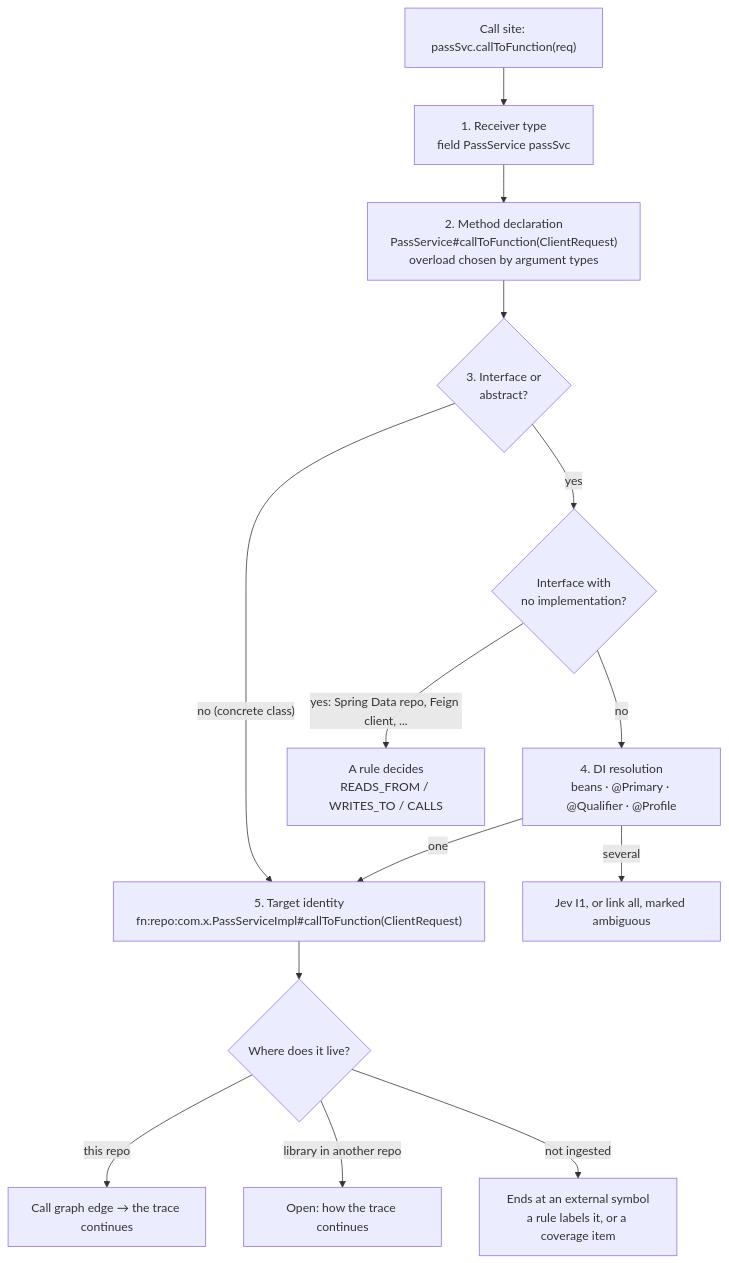
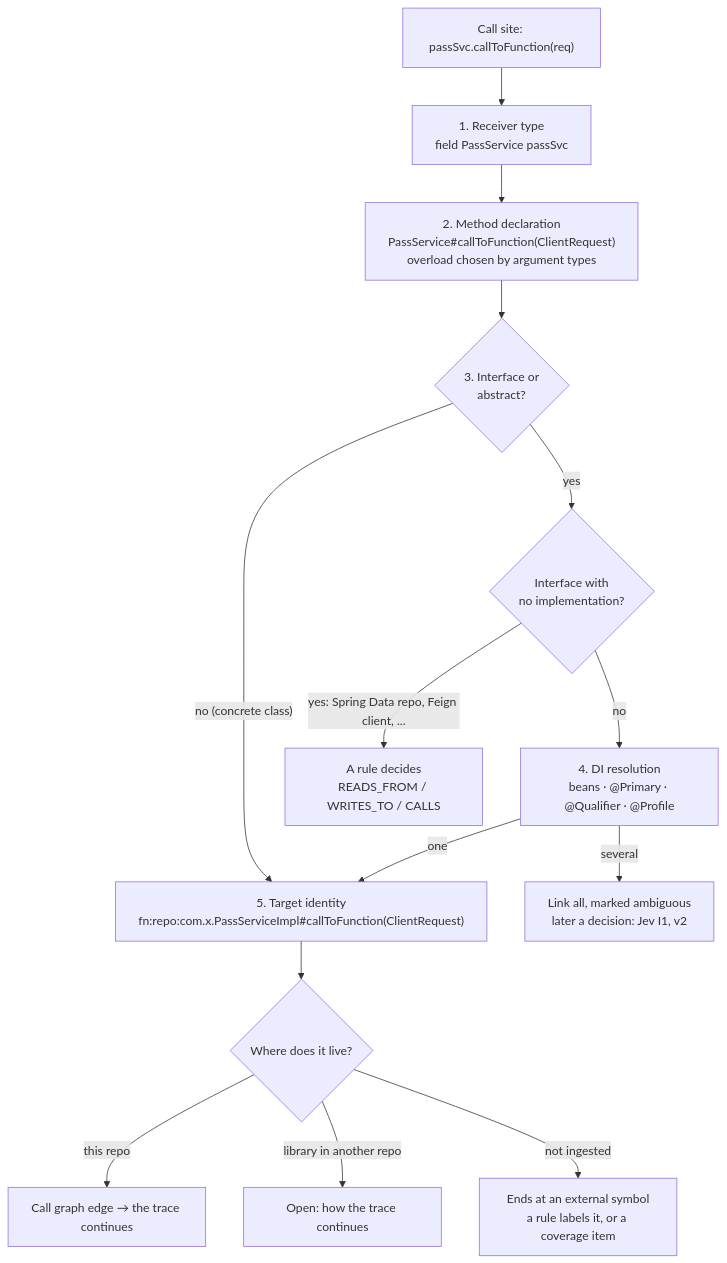
Before and after one commit to KBavis/steno: the second of 2 diagrams in docs/how-it-works/ingestion/resolvers.md, drawn with Mermaid. The commit also changed other lines of this file and 13 other files, not shown here.

````diff
--- a/docs/how-it-works/ingestion/resolvers.md
+++ b/docs/how-it-works/ingestion/resolvers.md
@@ -140,16 +140,16 @@
 ```mermaid
 flowchart TD
     CS["Call site: passSvc.callToFunction(req)"] --> T1[1. Receiver type<br/>field PassService passSvc]
     T1 --> T2["2. Method declaration<br/>PassService#callToFunction(ClientRequest)<br/>overload chosen by argument types"]
     T2 --> T3{"3. Interface or<br/>abstract?"}
     T3 -- "no (concrete class)" --> T5
     T3 -- yes --> T4a{"Interface with<br/>no implementation?"}
     T4a -- "yes: Spring Data repo, Feign client, ..." --> R[A rule decides<br/>READS_FROM / WRITES_TO / CALLS]
     T4a -- "no" --> T4[4. DI resolution<br/>beans · @Primary · @Qualifier · @Profile]
     T4 -- one --> T5["5. Target identity<br/>fn:repo:com.x.PassServiceImpl#callToFunction(ClientRequest)"]
-    T4 -- several --> J[Jev I1, or link all, marked ambiguous]
+    T4 -- several --> J[Link all, marked ambiguous<br/>later a decision: Jev I1, v2]
     T5 --> W{Where does it live?}
     W -- "this repo" --> N1[Call graph edge → the trace continues]
     W -- "library in another repo" --> N2[Open: how the trace continues]
     W -- "not ingested" --> N3[Ends at an external symbol<br/>a rule labels it, or a coverage item]
 ```
````
